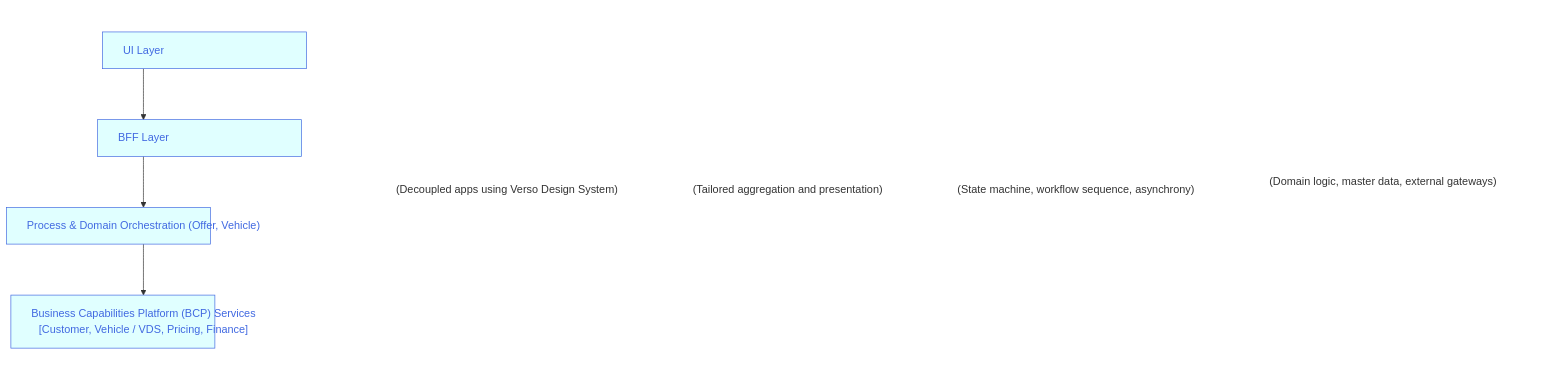
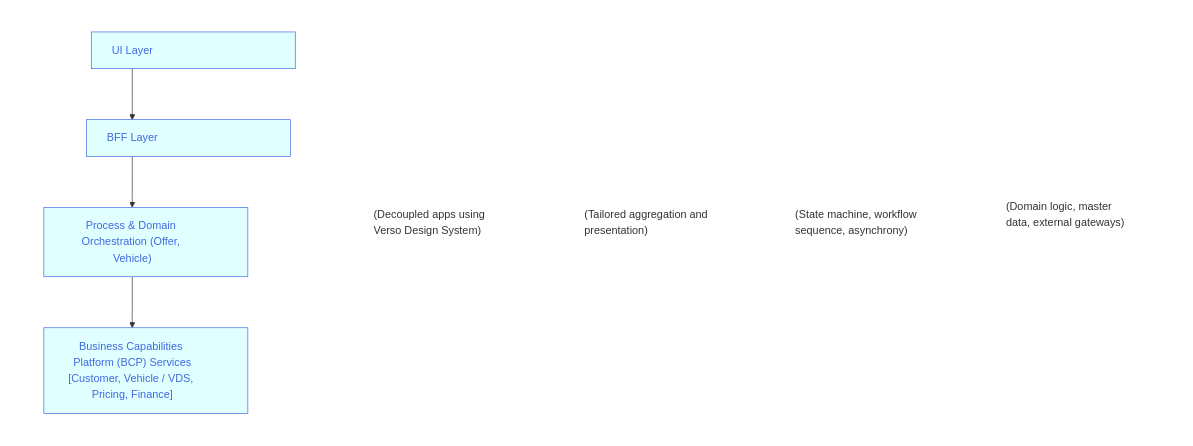
One commit to joe-dorward/samples changed the diagram in buttons_mermaid_v3.md. Above: the diagram before and after it, drawn with Mermaid.

````diff
--- a/buttons_mermaid_v3.md
+++ b/buttons_mermaid_v3.md
@@ -3,49 +3,45 @@
 ```mermaid
-  %%{
-    init: {"flowchart": { "markdownAutoWrap":"false", "textWrap":"false", "wrappingWidth": "100%" }
-    }
-  }%%
   flowchart LR
 
   classDef Button fill:lightcyan, stroke:royalblue, color:royalblue, width:300px;
   classDef Note fill:transparent, stroke:transparent, text-align:left;
   %% ---------- ---------- ---------- ---------- ---------- ---------- ---------- ---------- ---------- ----------
   subgraph BUTTONS
     direction TD
 
     BUTTON_01["UI Layer"]:::Button
     click BUTTON_01 "https://en.wikipedia.org/wiki/Main_Page" _blank
 
     BUTTON_02["BFF Layer"]:::Button
     click BUTTON_02 "https://en.wikipedia.org/wiki/Main_Page" _blank
 
     BUTTON_03["Process & Domain Orchestration (Offer, Vehicle)"]:::Button
     click BUTTON_03 "https://en.wikipedia.org/wiki/Main_Page" _blank
 
     BUTTON_04["Business Capabilities Platform (BCP) Services<br/>[Customer, Vehicle / VDS, Pricing, Finance]"]:::Button
     click BUTTON_04 "https://en.wikipedia.org/wiki/Main_Page" _blank
   end
 
   %% ---------- ---------- ---------- ---------- ---------- ---------- ---------- ---------- ---------- ----------
   subgraph NOTES
     direction TD
     BUTTON_01_NOTE["(Decoupled apps using Verso Design System)"]:::Note
     BUTTON_02_NOTE["(Tailored aggregation and presentation)"]:::Note
     BUTTON_03_NOTE["(State machine, workflow sequence, asynchrony)"]:::Note
     BUTTON_04_NOTE["(Domain logic, master data, external gateways)<br/>&nbsp;"]:::Note
   end
   %% ---------- ---------- ---------- ---------- ---------- ---------- ---------- ---------- ---------- ----------
   %% invisibly connect BUTTONS (sub-graph) to NOTES (sub-graph)
   BUTTONS~~~
   NOTES
   %% ---------- ---------- ---------- ---------- ---------- ---------- ---------- ---------- ---------- ----------
   %% connect buttons
   BUTTON_01-->
   BUTTON_02-->
   BUTTON_03-->
   BUTTON_04
   %% ---------- ---------- ---------- ---------- ---------- ---------- ---------- ---------- ---------- ----------
   style BUTTONS fill:transparent,color:white,stroke-width:0px
   style NOTES fill:transparent,color:white,stroke-width:0px
 
 ```
````
